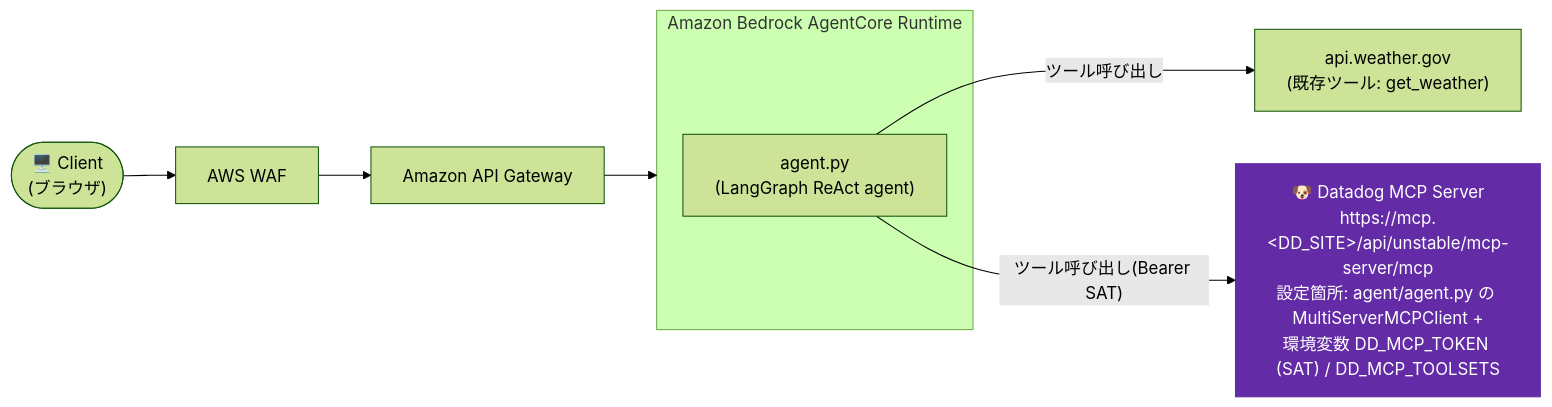
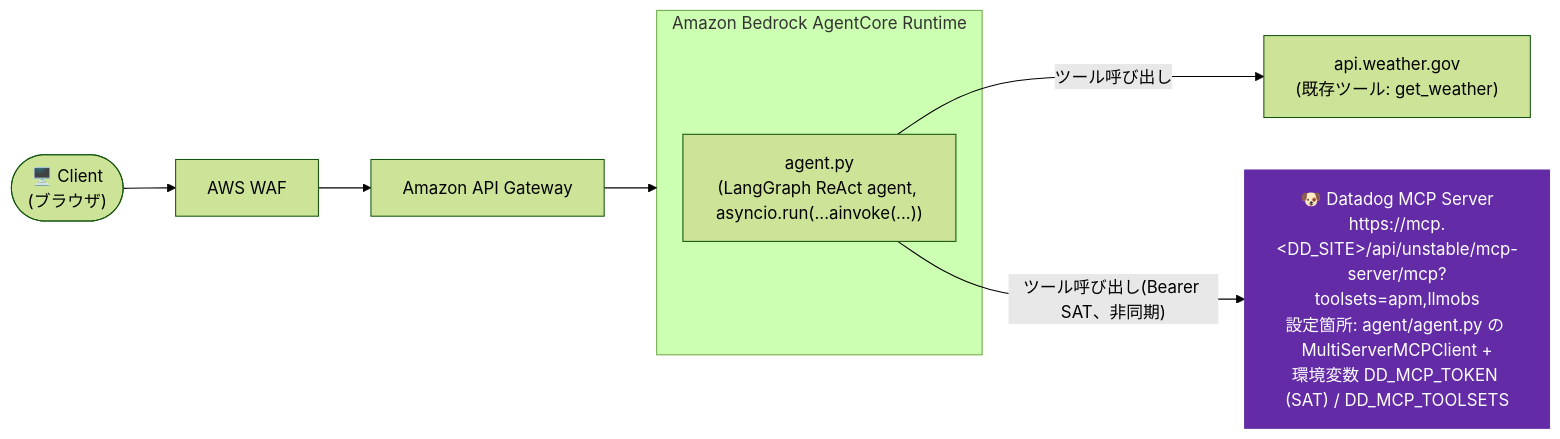
One commit to taka2noda/sample-ai-agent-architectures-agentcore changed the diagram in iteration-1-mcp-datadog/README.md. Above: the diagram before and after it, drawn with Mermaid (forest theme). The commit also changed other lines of this file and 2 other files, not shown here.

First line of the commit message:
Fix and verify iteration-1-mcp-datadog end-to-end against real Datadog MCP

````diff
--- a/iteration-1-mcp-datadog/README.md
+++ b/iteration-1-mcp-datadog/README.md
@@ -13,19 +13,19 @@
 ```mermaid
 flowchart LR
     Client(["🖥️ Client<br/>(ブラウザ)"])
     WAF["AWS WAF"]
     APIGW["Amazon API Gateway"]
 
     subgraph Runtime["Amazon Bedrock AgentCore Runtime"]
-        AgentPy["agent.py<br/>(LangGraph ReAct agent)"]
+        AgentPy["agent.py<br/>(LangGraph ReAct agent, asyncio.run(...ainvoke(...))"]
     end
 
     Weather["api.weather.gov<br/>(既存ツール: get_weather)"]
-    MCP["🐶 Datadog MCP Server<br/>https://mcp.&lt;DD_SITE&gt;/api/unstable/mcp-server/mcp<br/>設定箇所: agent/agent.py の MultiServerMCPClient +<br/>環境変数 DD_MCP_TOKEN (SAT) / DD_MCP_TOOLSETS"]
+    MCP["🐶 Datadog MCP Server<br/>https://mcp.&lt;DD_SITE&gt;/api/unstable/mcp-server/mcp?toolsets=apm,llmobs<br/>設定箇所: agent/agent.py の MultiServerMCPClient +<br/>環境変数 DD_MCP_TOKEN (SAT) / DD_MCP_TOOLSETS"]
 
     Client --> WAF --> APIGW --> Runtime
     AgentPy -- "ツール呼び出し" --> Weather
-    AgentPy -- "ツール呼び出し(Bearer SAT)" --> MCP
+    AgentPy -- "ツール呼び出し(Bearer SAT、非同期)" --> MCP
 
     style MCP fill:#632CA6,stroke:#632CA6,color:#fff
 ```
````
